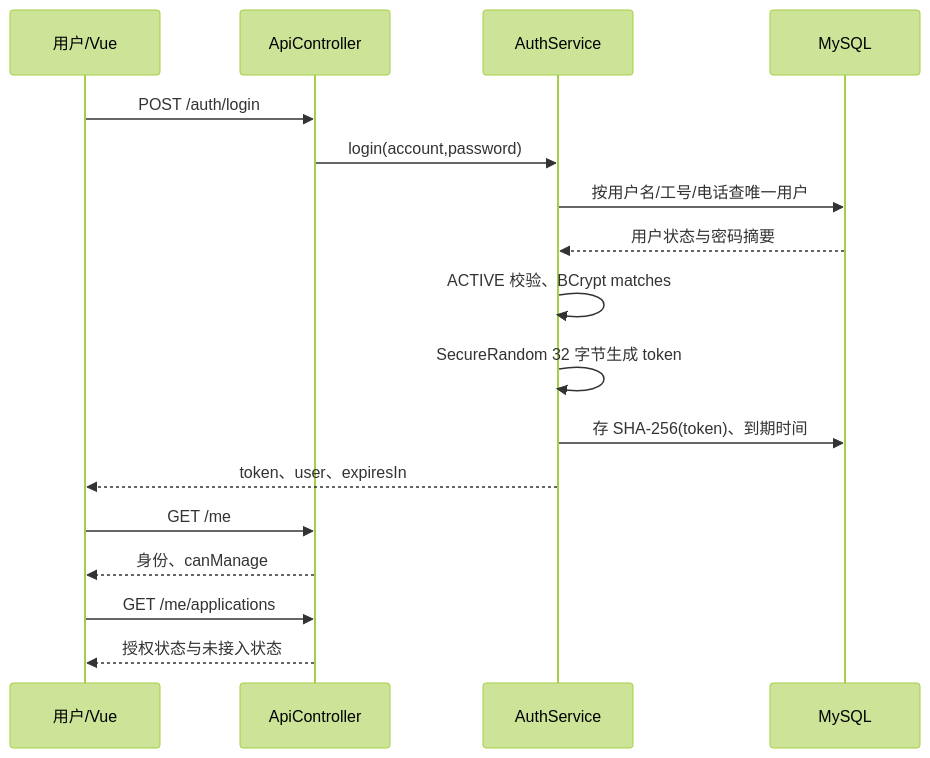
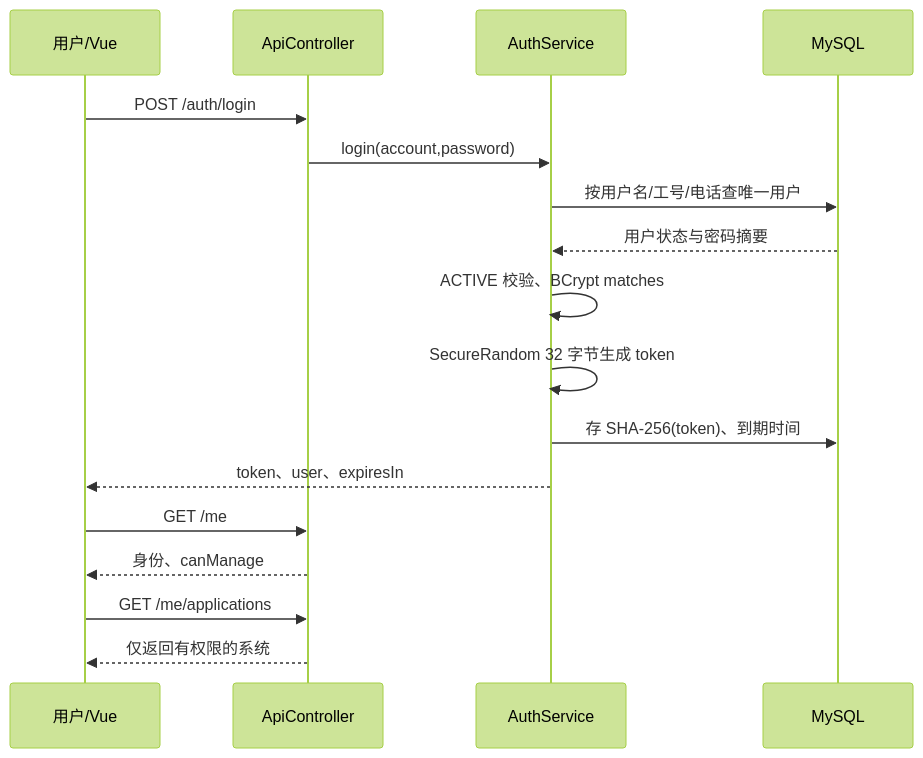
One commit to minxuanbo/ooad-course-project changed the third of 3 diagrams in docs/课程设计/05-详细设计文档.md. Above: the diagram before and after it, drawn with Mermaid (forest theme). The commit also changed other lines of this file and 28 other files, not shown here.

````diff
--- a/docs/课程设计/05-详细设计文档.md
+++ b/docs/课程设计/05-详细设计文档.md
@@ -109,19 +109,19 @@
 ```mermaid
 sequenceDiagram
     participant U as 用户/Vue
     participant C as ApiController
     participant A as AuthService
     participant D as MySQL
     U->>C: POST /auth/login
     C->>A: login(account,password)
     A->>D: 按用户名/工号/电话查唯一用户
     D-->>A: 用户状态与密码摘要
     A->>A: ACTIVE 校验、BCrypt matches
     A->>A: SecureRandom 32 字节生成 token
     A->>D: 存 SHA-256(token)、到期时间
     A-->>U: token、user、expiresIn
     U->>C: GET /me
     C-->>U: 身份、canManage
     U->>C: GET /me/applications
-    C-->>U: 授权状态与未接入状态
+    C-->>U: 仅返回有权限的系统
 ```
````
